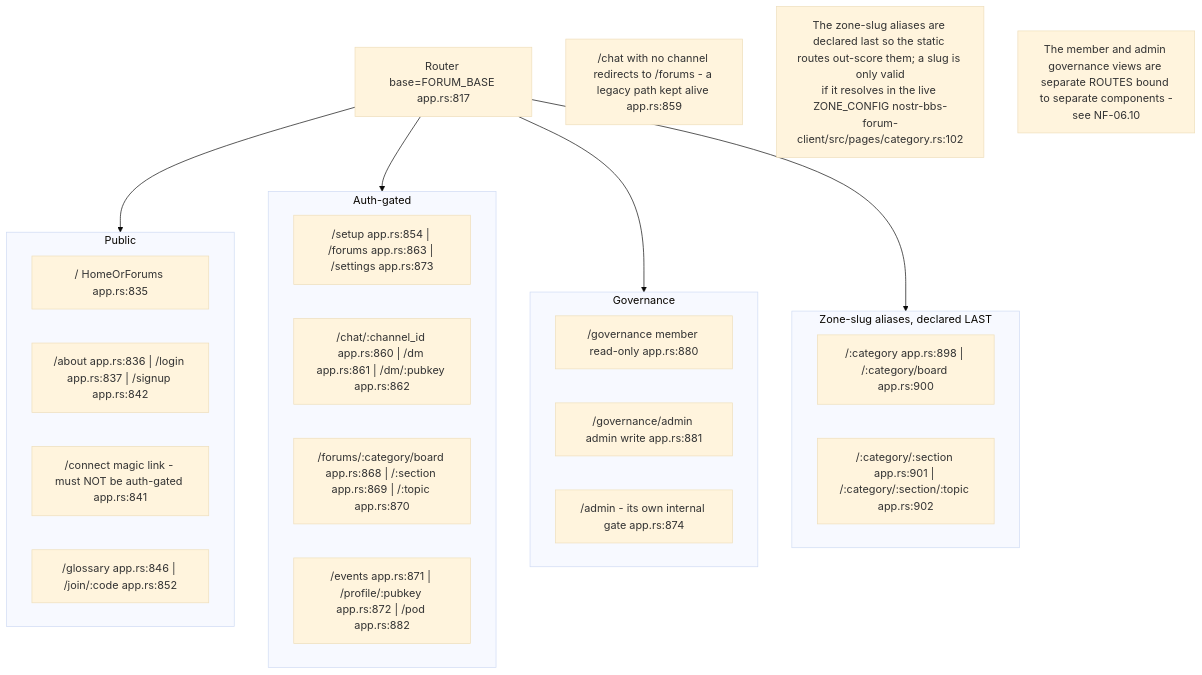
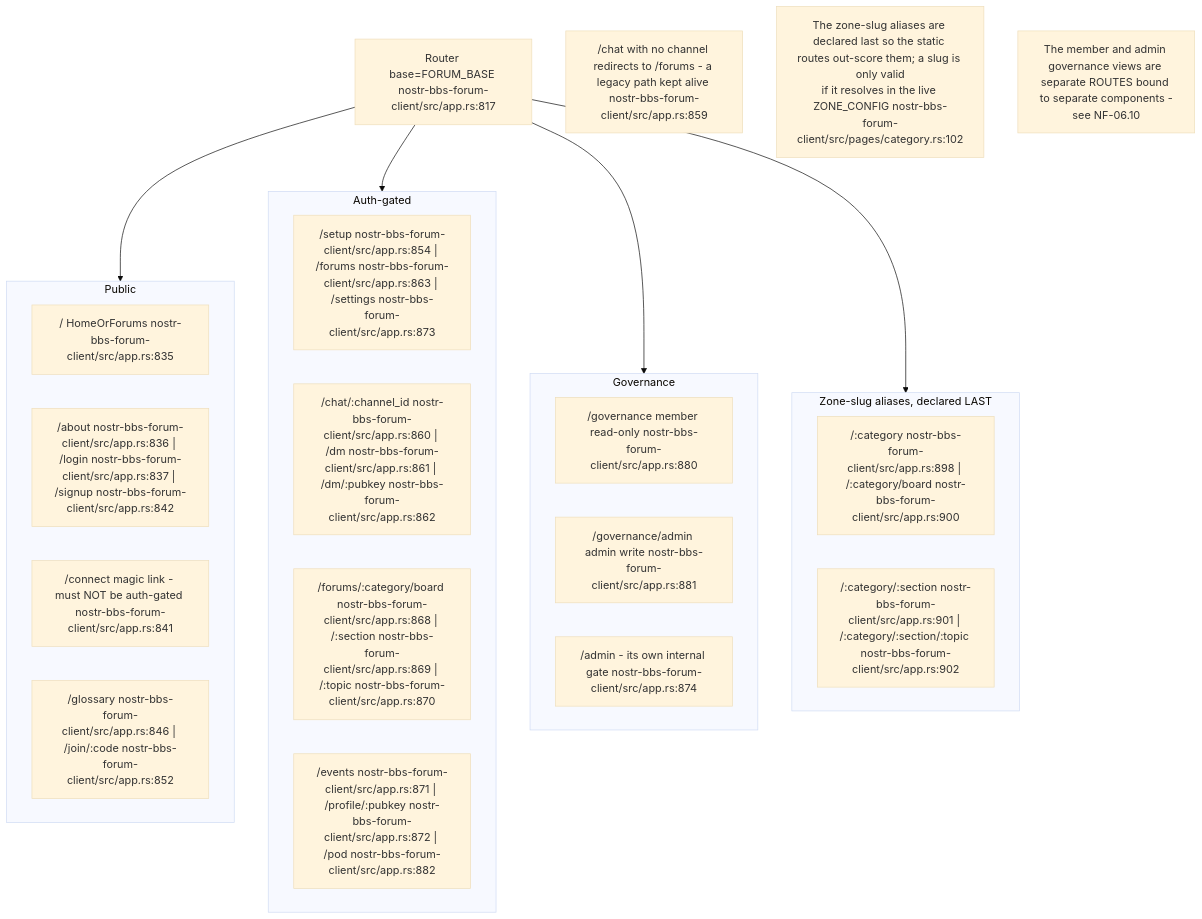
One commit to DreamLab-AI/VisionFlow changed the second of 12 diagrams in docs/diagrams/nostr-rust-forum/05-leptos-clients-onboarding-messaging-governance.md. Above: the diagram before and after it, drawn with Mermaid (base theme). The commit also changed other lines of this file and 185 other files, not shown here.

Commit message:
docs(estate): reconcile diagrams and ADRs with source and define closeout sprint

````diff
--- a/docs/diagrams/nostr-rust-forum/05-leptos-clients-onboarding-messaging-governance.md
+++ b/docs/diagrams/nostr-rust-forum/05-leptos-clients-onboarding-messaging-governance.md
@@ -81,30 +85,30 @@
 ```mermaid
 flowchart TB
     subgraph pubroutes["Public"]
-        R1["/ HomeOrForums app.rs:835"]
-        R2["/about app.rs:836 | /login app.rs:837 | /signup app.rs:842"]
-        R3["/connect magic link - must NOT be auth-gated app.rs:841"]
-        R4["/glossary app.rs:846 | /join/:code app.rs:852"]
+        R1["/ HomeOrForums nostr-bbs-forum-client/src/app.rs:835"]
+        R2["/about nostr-bbs-forum-client/src/app.rs:836 | /login nostr-bbs-forum-client/src/app.rs:837 | /signup nostr-bbs-forum-client/src/app.rs:842"]
+        R3["/connect magic link - must NOT be auth-gated nostr-bbs-forum-client/src/app.rs:841"]
+        R4["/glossary nostr-bbs-forum-client/src/app.rs:846 | /join/:code nostr-bbs-forum-client/src/app.rs:852"]
     end
     subgraph authed["Auth-gated"]
-        R5["/setup app.rs:854 | /forums app.rs:863 | /settings app.rs:873"]
-        R6["/chat/:channel_id app.rs:860 | /dm app.rs:861 | /dm/:pubkey app.rs:862"]
-        R7["/forums/:category/board app.rs:868 | /:section app.rs:869 | /:topic app.rs:870"]
-        R8["/events app.rs:871 | /profile/:pubkey app.rs:872 | /pod app.rs:882"]
+        R5["/setup nostr-bbs-forum-client/src/app.rs:854 | /forums nostr-bbs-forum-client/src/app.rs:863 | /settings nostr-bbs-forum-client/src/app.rs:873"]
+        R6["/chat/:channel_id nostr-bbs-forum-client/src/app.rs:860 | /dm nostr-bbs-forum-client/src/app.rs:861 | /dm/:pubkey nostr-bbs-forum-client/src/app.rs:862"]
+        R7["/forums/:category/board nostr-bbs-forum-client/src/app.rs:868 | /:section nostr-bbs-forum-client/src/app.rs:869 | /:topic nostr-bbs-forum-client/src/app.rs:870"]
+        R8["/events nostr-bbs-forum-client/src/app.rs:871 | /profile/:pubkey nostr-bbs-forum-client/src/app.rs:872 | /pod nostr-bbs-forum-client/src/app.rs:882"]
     end
     subgraph gov["Governance"]
-        R9["/governance member read-only app.rs:880"]
-        R10["/governance/admin admin write app.rs:881"]
-        R11["/admin - its own internal gate app.rs:874"]
+        R9["/governance member read-only nostr-bbs-forum-client/src/app.rs:880"]
+        R10["/governance/admin admin write nostr-bbs-forum-client/src/app.rs:881"]
+        R11["/admin - its own internal gate nostr-bbs-forum-client/src/app.rs:874"]
     end
     subgraph zonealias["Zone-slug aliases, declared LAST"]
-        R12["/:category app.rs:898 | /:category/board app.rs:900"]
-        R13["/:category/:section app.rs:901 | /:category/:section/:topic app.rs:902"]
+        R12["/:category nostr-bbs-forum-client/src/app.rs:898 | /:category/board nostr-bbs-forum-client/src/app.rs:900"]
+        R13["/:category/:section nostr-bbs-forum-client/src/app.rs:901 | /:category/:section/:topic nostr-bbs-forum-client/src/app.rs:902"]
     end
 
-    ROUTER["Router base=FORUM_BASE app.rs:817"] --> pubroutes & authed & gov & zonealias
+    ROUTER["Router base=FORUM_BASE nostr-bbs-forum-client/src/app.rs:817"] --> pubroutes & authed & gov & zonealias
 
-    N1["/chat with no channel redirects to /forums - a legacy path kept alive app.rs:859"]
+    N1["/chat with no channel redirects to /forums - a legacy path kept alive nostr-bbs-forum-client/src/app.rs:859"]
     N2["The zone-slug aliases are declared last so the static routes out-score them; a slug is only valid<br/>if it resolves in the live ZONE_CONFIG nostr-bbs-forum-client/src/pages/category.rs:102"]
     N3["The member and admin governance views are separate ROUTES bound to separate components -<br/>see NF-06.10"]
 ```
````
